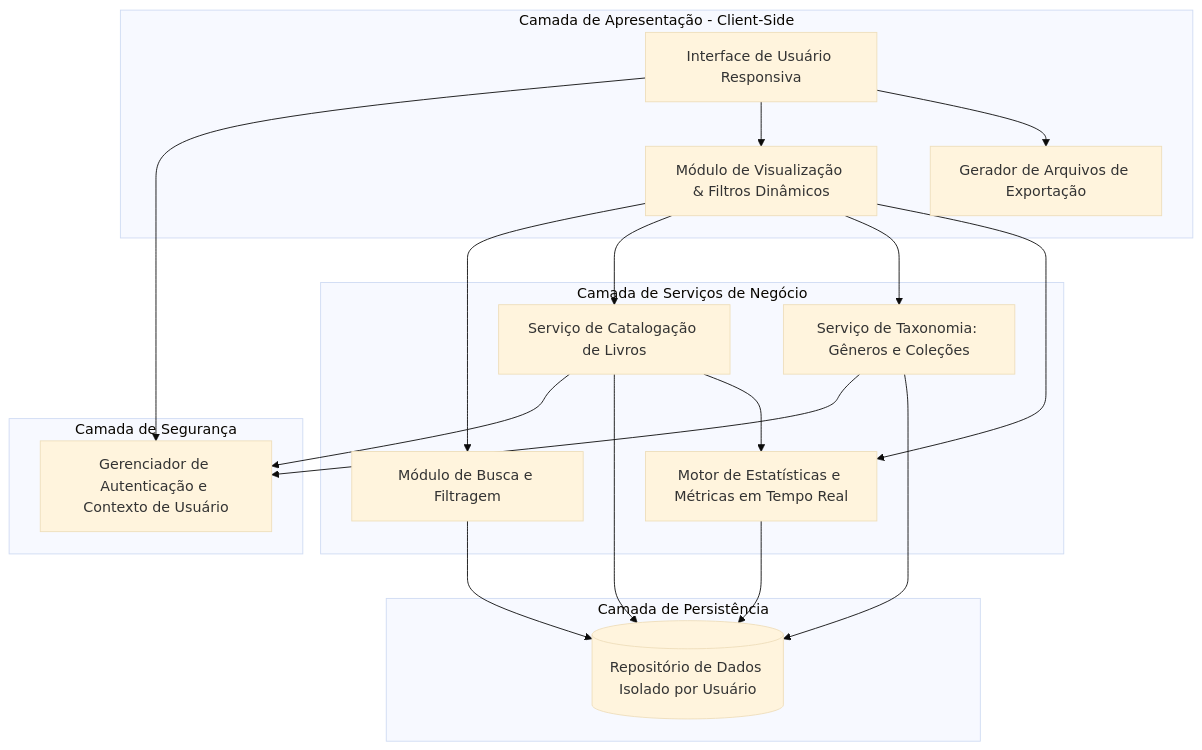
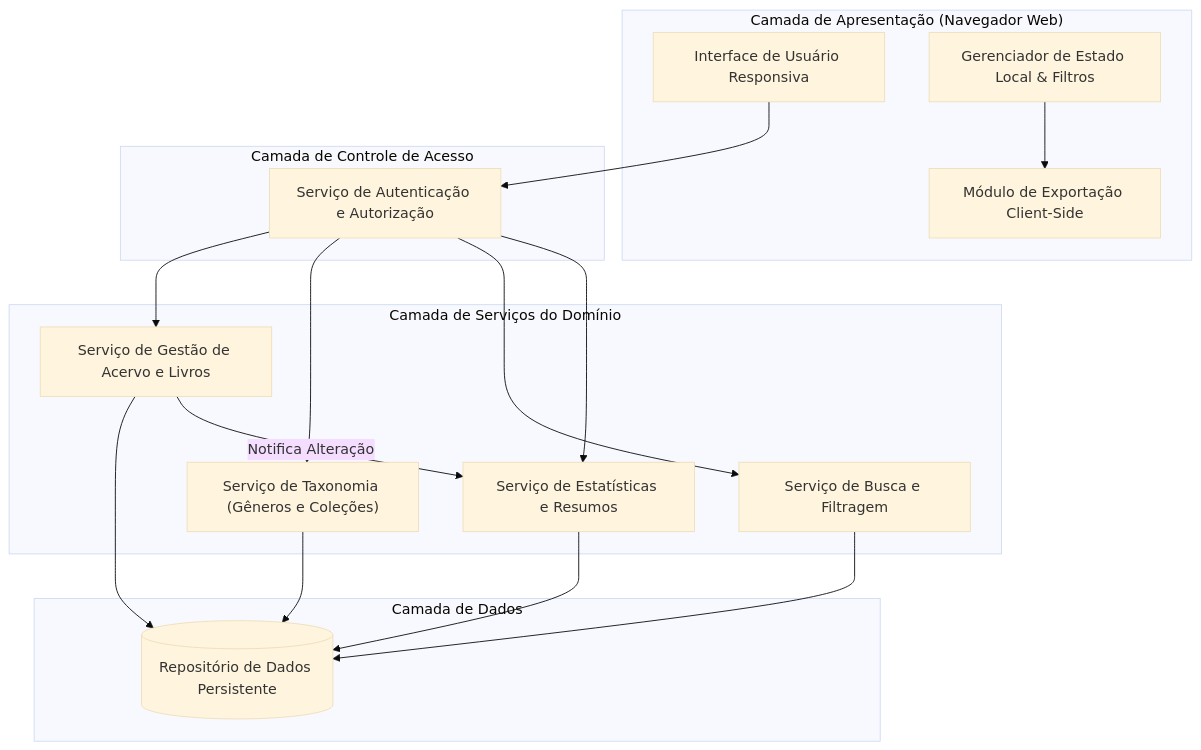
One commit to PDC-ESIA/AI4ES changed the first of 2 diagrams in docs/Time_2_Design/analise-qualitativa/outputs/relatorio_gemini_3_6_flash_P04.md. Above: the diagram before and after it, drawn with Mermaid (base theme). The commit also changed other lines of this file and 93 other files, not shown here.

````diff
--- a/docs/Time_2_Design/analise-qualitativa/outputs/relatorio_gemini_3_6_flash_P04.md
+++ b/docs/Time_2_Design/analise-qualitativa/outputs/relatorio_gemini_3_6_flash_P04.md
@@ -24,42 +26,37 @@
 ```mermaid
 graph TD
-    subgraph ClientLayer [Camada de Apresentação - Client-Side]
-        UI[Interface de Usuário Responsiva]
-        ViewEngine[Módulo de Visualização & Filtros Dinâmicos]
-        ExportHandler[Gerador de Arquivos de Exportação]
+    subgraph Cliente ["Camada de Apresentação (Navegador Web)"]
+        UI["Interface de Usuário Responsiva"]
+        StateMgr["Gerenciador de Estado Local & Filtros"]
+        ExportEngine["Módulo de Exportação Client-Side"]
     end
 
-    subgraph SecurityLayer [Camada de Segurança]
-        AuthManager[Gerenciador de Autenticação e Contexto de Usuário]
+    subgraph Fronteira ["Camada de Controle de Acesso"]
+        AuthGuard["Serviço de Autenticação e Autorização"]
     end
 
-    subgraph ServiceLayer [Camada de Serviços de Negócio]
-        BookService[Serviço de Catalogação de Livros]
-        TaxonomyService[Serviço de Taxonomia: Gêneros e Coleções]
-        SearchEngine[Módulo de Busca e Filtragem]
-        StatsEngine[Motor de Estatísticas e Métricas em Tempo Real]
+    subgraph Dominio ["Camada de Serviços do Domínio"]
+        CatalogSvc["Serviço de Gestão de Acervo e Livros"]
+        TaxonomySvc["Serviço de Taxonomia (Gêneros e Coleções)"]
+        SearchFilterSvc["Serviço de Busca e Filtragem"]
+        StatsSvc["Serviço de Estatísticas e Resumos"]
     end
 
-    subgraph PersistenceLayer [Camada de Persistência]
-        DataRepository[(Repositório de Dados Isolado por Usuário)]
+    subgraph Persistencia ["Camada de Dados"]
+        DataStore[("Repositório de Dados Persistente")]
     end
 
-    UI --> AuthManager
-    UI --> ViewEngine
-    UI --> ExportHandler
-    
-    ViewEngine --> SearchEngine
-    ViewEngine --> BookService
-    ViewEngine --> TaxonomyService
-    ViewEngine --> StatsEngine
+    UI --> AuthGuard
+    AuthGuard --> CatalogSvc
+    AuthGuard --> TaxonomySvc
+    AuthGuard --> SearchFilterSvc
+    AuthGuard --> StatsSvc
 
-    BookService --> AuthManager
-    BookService --> DataRepository
-    BookService --> StatsEngine
+    CatalogSvc --> DataStore
+    TaxonomySvc --> DataStore
+    SearchFilterSvc --> DataStore
+    StatsSvc --> DataStore
 
-    TaxonomyService --> AuthManager
-    TaxonomyService --> DataRepository
-
-    SearchEngine --> DataRepository
-    StatsEngine --> DataRepository
+    CatalogSvc -- "Notifica Alteração" --> StatsSvc
+    StateMgr --> ExportEngine
 ```
````
